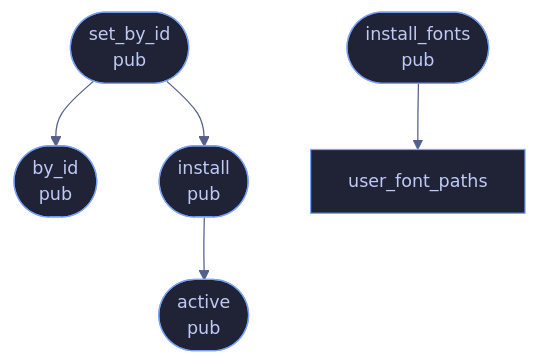
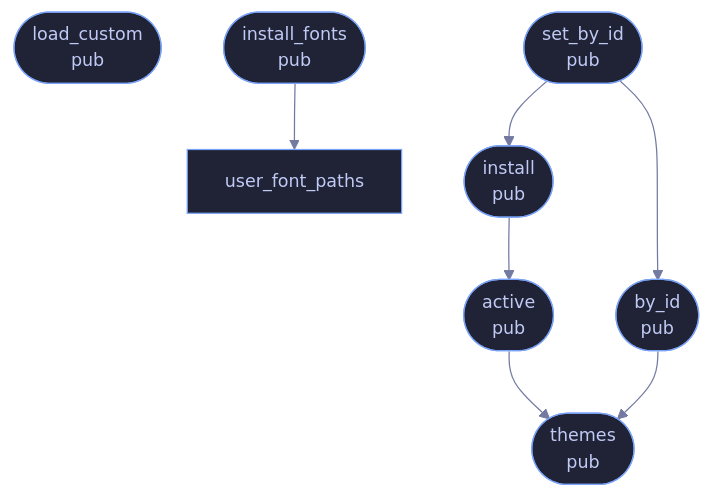
The diagram in docs/files/veilvoice-gui/theme.md (tilas01/veilvoice), drawn with Mermaid before and after one commit. The commit also changed other lines of this file and 305 other files, not shown here.

````diff
--- a/docs/files/veilvoice-gui/theme.md
+++ b/docs/files/veilvoice-gui/theme.md
@@ -57,14 +60,18 @@
 ```mermaid
-%%{init: {"theme":"base","themeVariables":{"background":"#1a1b26","primaryColor":"#1f2335","primaryTextColor":"#c0caf5","primaryBorderColor":"#7aa2f7","secondaryColor":"#16161e","tertiaryColor":"#16161e","lineColor":"#565f89","textColor":"#c0caf5","mainBkg":"#1f2335","nodeBorder":"#7aa2f7","clusterBkg":"#16161e","clusterBorder":"#2f3549","fontFamily":"ui-monospace, SFMono-Regular, Consolas, monospace","fontSize":"14px"}}}%%
+%%{init: {"theme":"base","themeVariables":{"background":"#1a1b26","primaryColor":"#1f2335","primaryTextColor":"#c0caf5","primaryBorderColor":"#7aa2f7","secondaryColor":"#16161e","tertiaryColor":"#16161e","lineColor":"#737aa2","textColor":"#c0caf5","mainBkg":"#1f2335","nodeBorder":"#7aa2f7","clusterBkg":"#16161e","clusterBorder":"#2f3549","fontFamily":"ui-monospace, SFMono-Regular, Consolas, monospace","fontSize":"14px"}}}%%
 flowchart TD
     n_active(["active<br/>pub"])
+    n_themes(["themes<br/>pub"])
+    n_load_custom(["load_custom<br/>pub"])
     n_by_id(["by_id<br/>pub"])
     n_set_by_id(["set_by_id<br/>pub"])
     n_user_font_paths["user_font_paths"]
     n_install_fonts(["install_fonts<br/>pub"])
     n_install(["install<br/>pub"])
+    n_active --> n_themes
+    n_by_id --> n_themes
     n_install --> n_active
     n_install_fonts --> n_user_font_paths
     n_set_by_id --> n_by_id
     n_set_by_id --> n_install
 ```
````
